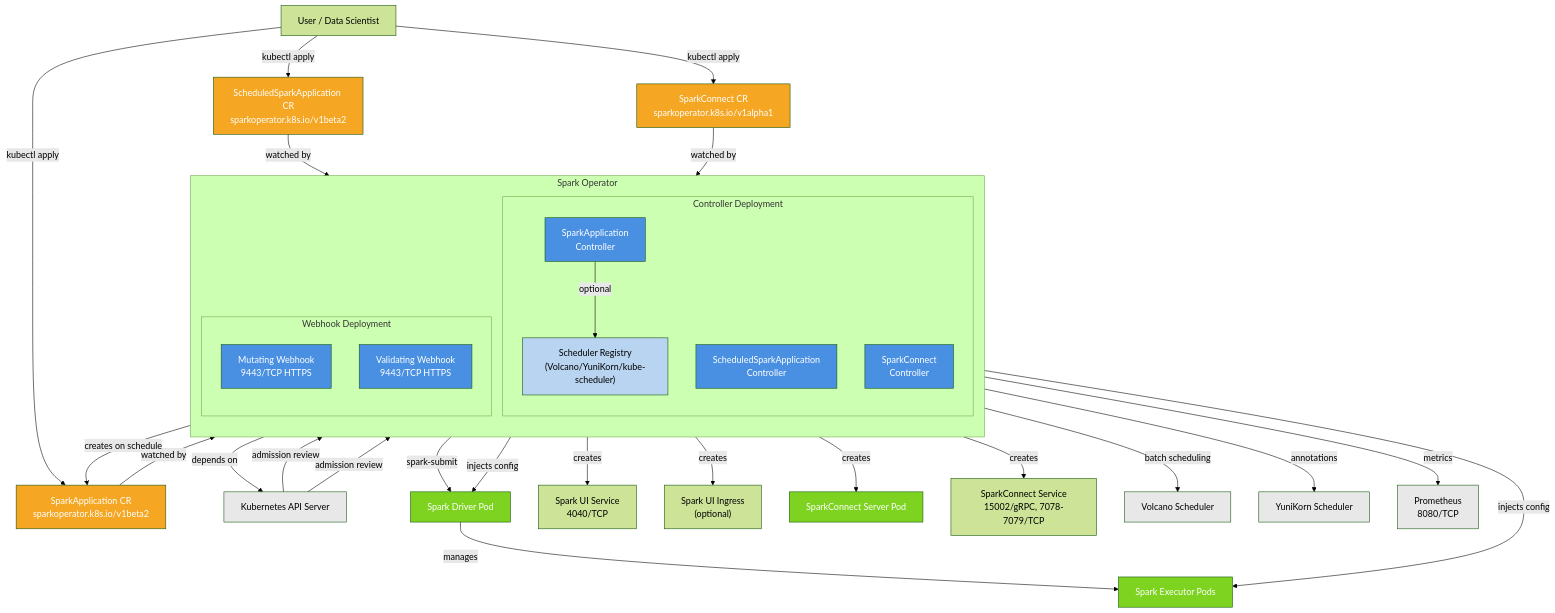
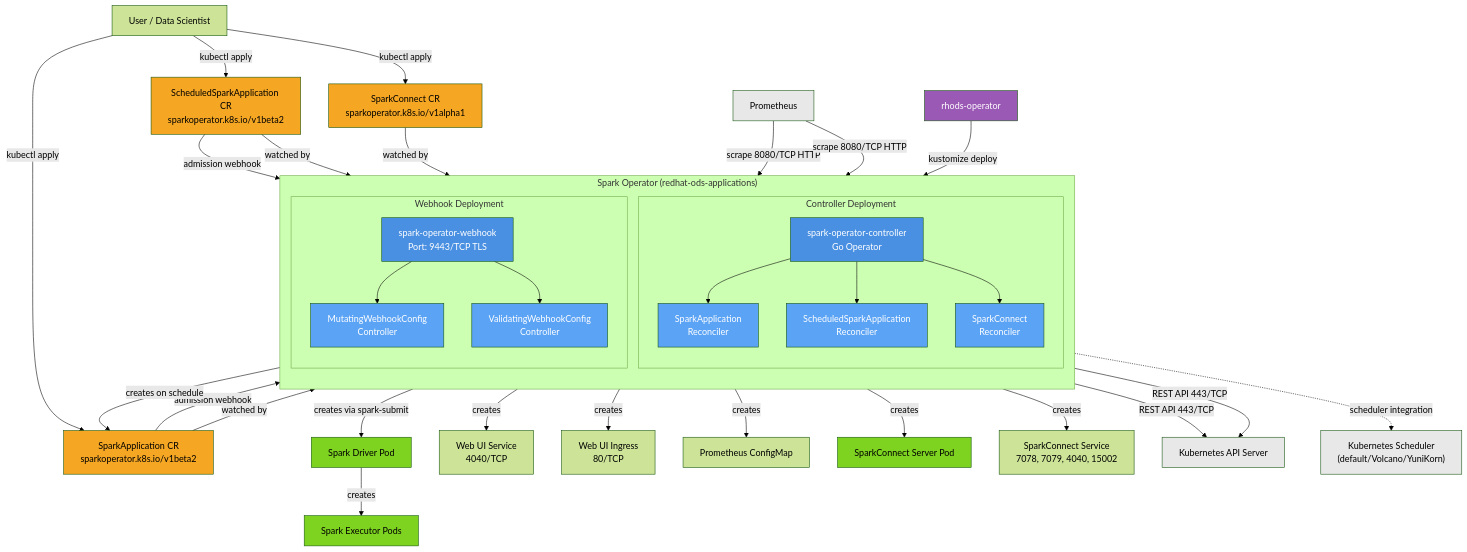
The diagram in architecture/rhoai-3.4-ea.1/diagrams/spark-operator-component.mmd (rhuss/architecture-context), drawn with Mermaid (forest theme) before and after one commit. The commit also changed 656 other files, not shown here.

```diff
--- a/architecture/rhoai-3.4-ea.1/diagrams/spark-operator-component.mmd
+++ b/architecture/rhoai-3.4-ea.1/diagrams/spark-operator-component.mmd
@@ -1,68 +1,83 @@
 %% Spark Operator - Component Structure Diagram
 %% Generated by: Claude Opus 4.6
 %% Source: architecture/rhoai-3.4-ea.1/spark-operator.md
 
 graph TB
-    subgraph SparkOperator["Spark Operator"]
+    subgraph SparkOperator["Spark Operator (redhat-ods-applications)"]
         direction TB
-        subgraph ControllerDeployment["Controller Deployment"]
-            Controller["SparkApplication<br/>Controller"]
-            ScheduledController["ScheduledSparkApplication<br/>Controller"]
-            ConnectController["SparkConnect<br/>Controller"]
-            SchedulerRegistry["Scheduler Registry<br/>(Volcano/YuniKorn/kube-scheduler)"]
+        subgraph ControllerDeploy["Controller Deployment"]
+            Controller["spark-operator-controller<br/>Go Operator"]
+            SAReconciler["SparkApplication<br/>Reconciler"]
+            SSAReconciler["ScheduledSparkApplication<br/>Reconciler"]
+            SCReconciler["SparkConnect<br/>Reconciler"]
+            Controller --> SAReconciler
+            Controller --> SSAReconciler
+            Controller --> SCReconciler
         end
 
-        subgraph WebhookDeployment["Webhook Deployment"]
-            MutatingWebhook["Mutating Webhook<br/>9443/TCP HTTPS"]
-            ValidatingWebhook["Validating Webhook<br/>9443/TCP HTTPS"]
+        subgraph WebhookDeploy["Webhook Deployment"]
+            Webhook["spark-operator-webhook<br/>Port: 9443/TCP TLS"]
+            MutatingCtrl["MutatingWebhookConfig<br/>Controller"]
+            ValidatingCtrl["ValidatingWebhookConfig<br/>Controller"]
+            Webhook --> MutatingCtrl
+            Webhook --> ValidatingCtrl
         end
     end
 
-    User[User / Data Scientist] -->|kubectl apply| SparkAppCR["SparkApplication CR<br/>sparkoperator.k8s.io/v1beta2"]
-    User -->|kubectl apply| ScheduledCR["ScheduledSparkApplication CR<br/>sparkoperator.k8s.io/v1beta2"]
-    User -->|kubectl apply| ConnectCR["SparkConnect CR<br/>sparkoperator.k8s.io/v1alpha1"]
+    %% CRDs
+    User["User / Data Scientist"] -->|"kubectl apply"| SparkAppCR["SparkApplication CR<br/>sparkoperator.k8s.io/v1beta2"]
+    User -->|"kubectl apply"| ScheduledCR["ScheduledSparkApplication CR<br/>sparkoperator.k8s.io/v1beta2"]
+    User -->|"kubectl apply"| SparkConnectCR["SparkConnect CR<br/>sparkoperator.k8s.io/v1alpha1"]
 
-    K8sAPI["Kubernetes API Server"] -->|admission review| MutatingWebhook
-    K8sAPI -->|admission review| ValidatingWebhook
+    %% Webhook intercepts
+    SparkAppCR -->|"admission webhook"| Webhook
+    ScheduledCR -->|"admission webhook"| Webhook
 
-    SparkAppCR -->|watched by| Controller
-    ScheduledCR -->|watched by| ScheduledController
-    ConnectCR -->|watched by| ConnectController
+    %% Controller watches
+    SparkAppCR -->|"watched by"| SAReconciler
+    ScheduledCR -->|"watched by"| SSAReconciler
+    SparkConnectCR -->|"watched by"| SCReconciler
 
-    ScheduledController -->|creates on schedule| SparkAppCR
+    %% Created resources
+    SAReconciler -->|"creates via spark-submit"| DriverPod["Spark Driver Pod"]
+    SAReconciler -->|"creates"| UISvc["Web UI Service<br/>4040/TCP"]
+    SAReconciler -->|"creates"| UIIngress["Web UI Ingress<br/>80/TCP"]
+    SAReconciler -->|"creates"| MonitorCM["Prometheus ConfigMap"]
 
-    Controller -->|spark-submit| DriverPod["Spark Driver Pod"]
-    Controller -->|creates| SparkUIService["Spark UI Service<br/>4040/TCP"]
-    Controller -->|creates| SparkUIIngress["Spark UI Ingress<br/>(optional)"]
+    SSAReconciler -->|"creates on schedule"| SparkAppCR
 
-    DriverPod -->|manages| ExecutorPods["Spark Executor Pods"]
+    SCReconciler -->|"creates"| SCServer["SparkConnect Server Pod"]
+    SCReconciler -->|"creates"| SCSvc["SparkConnect Service<br/>7078, 7079, 4040, 15002"]
 
-    ConnectController -->|creates| ConnectPod["SparkConnect Server Pod"]
-    ConnectController -->|creates| ConnectService["SparkConnect Service<br/>15002/gRPC, 7078-7079/TCP"]
+    DriverPod -->|"creates"| ExecutorPod["Spark Executor Pods"]
 
-    Controller -->|optional| SchedulerRegistry
-    SchedulerRegistry -->|batch scheduling| Volcano["Volcano Scheduler"]
-    SchedulerRegistry -->|annotations| YuniKorn["YuniKorn Scheduler"]
+    %% External dependencies
+    Controller -->|"REST API 443/TCP"| K8sAPI["Kubernetes API Server"]
+    Webhook -->|"REST API 443/TCP"| K8sAPI
+    Controller -.->|"scheduler integration"| Scheduler["Kubernetes Scheduler<br/>(default/Volcano/YuniKorn)"]
 
-    Controller -->|depends on| K8sAPI
-    Controller -->|metrics| Prometheus["Prometheus<br/>8080/TCP"]
+    %% Deployment management
+    RhodsOp["rhods-operator"] -->|"kustomize deploy"| SparkOperator
 
-    MutatingWebhook -->|injects config| DriverPod
-    MutatingWebhook -->|injects config| ExecutorPods
+    %% Monitoring
+    Prometheus["Prometheus"] -->|"scrape 8080/TCP HTTP"| Controller
+    Prometheus -->|"scrape 8080/TCP HTTP"| Webhook
 
+    %% Styling
     style Controller fill:#4a90e2,color:#fff
-    style ScheduledController fill:#4a90e2,color:#fff
-    style ConnectController fill:#4a90e2,color:#fff
-    style MutatingWebhook fill:#4a90e2,color:#fff
-    style ValidatingWebhook fill:#4a90e2,color:#fff
-    style SparkAppCR fill:#f5a623,color:#fff
-    style ScheduledCR fill:#f5a623,color:#fff
-    style ConnectCR fill:#f5a623,color:#fff
-    style DriverPod fill:#7ed321,color:#fff
-    style ExecutorPods fill:#7ed321,color:#fff
-    style ConnectPod fill:#7ed321,color:#fff
-    style Volcano fill:#e8e8e8
-    style YuniKorn fill:#e8e8e8
+    style Webhook fill:#4a90e2,color:#fff
+    style SAReconciler fill:#5ba3f5,color:#fff
+    style SSAReconciler fill:#5ba3f5,color:#fff
+    style SCReconciler fill:#5ba3f5,color:#fff
+    style MutatingCtrl fill:#5ba3f5,color:#fff
+    style ValidatingCtrl fill:#5ba3f5,color:#fff
+    style SparkAppCR fill:#f5a623
+    style ScheduledCR fill:#f5a623
+    style SparkConnectCR fill:#f5a623
+    style DriverPod fill:#7ed321
+    style ExecutorPod fill:#7ed321
+    style SCServer fill:#7ed321
     style K8sAPI fill:#e8e8e8
+    style Scheduler fill:#e8e8e8
+    style RhodsOp fill:#9b59b6,color:#fff
     style Prometheus fill:#e8e8e8
-    style SchedulerRegistry fill:#b8d4f0
```
